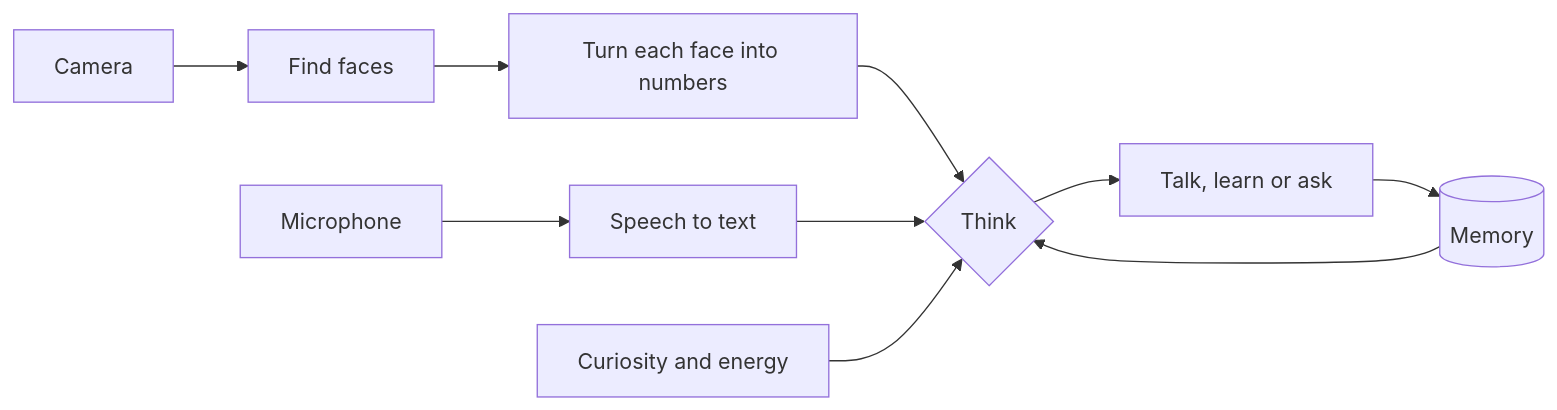
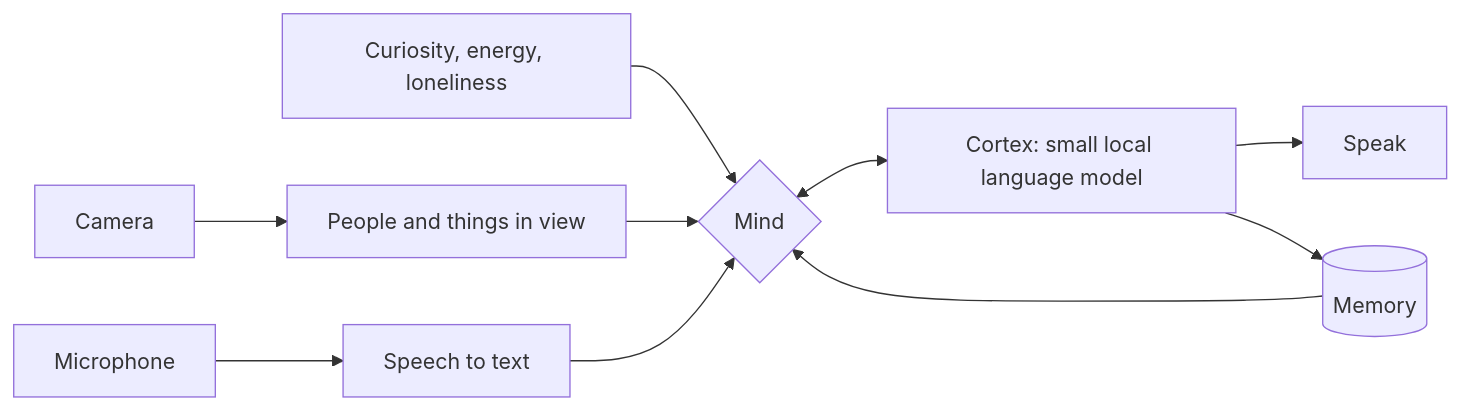
One commit to svviitzerland/The-Machine changed the diagram in README.md. Above: the diagram before and after it, drawn with Mermaid. The commit also changed other lines of this file and 1 other file, not shown here.

````diff
--- a/README.md
+++ b/README.md
@@ -58,12 +32,12 @@
 ```mermaid
 flowchart LR
-    A[Camera] --> B[Find faces]
-    B --> C[Turn each face into numbers]
+    A[Camera] --> B[People and things in view]
     D[Microphone] --> E[Speech to text]
-    C --> F{Think}
+    G[Curiosity, energy, loneliness] --> F
+    B --> F{Mind}
     E --> F
-    G[Curiosity and energy] --> F
-    F --> H[Talk, learn or ask]
-    H --> I[(Memory)]
+    F <--> C[Cortex: small local language model]
+    C --> H[Speak]
+    C --> I[(Memory)]
     I --> F
 ```
````
